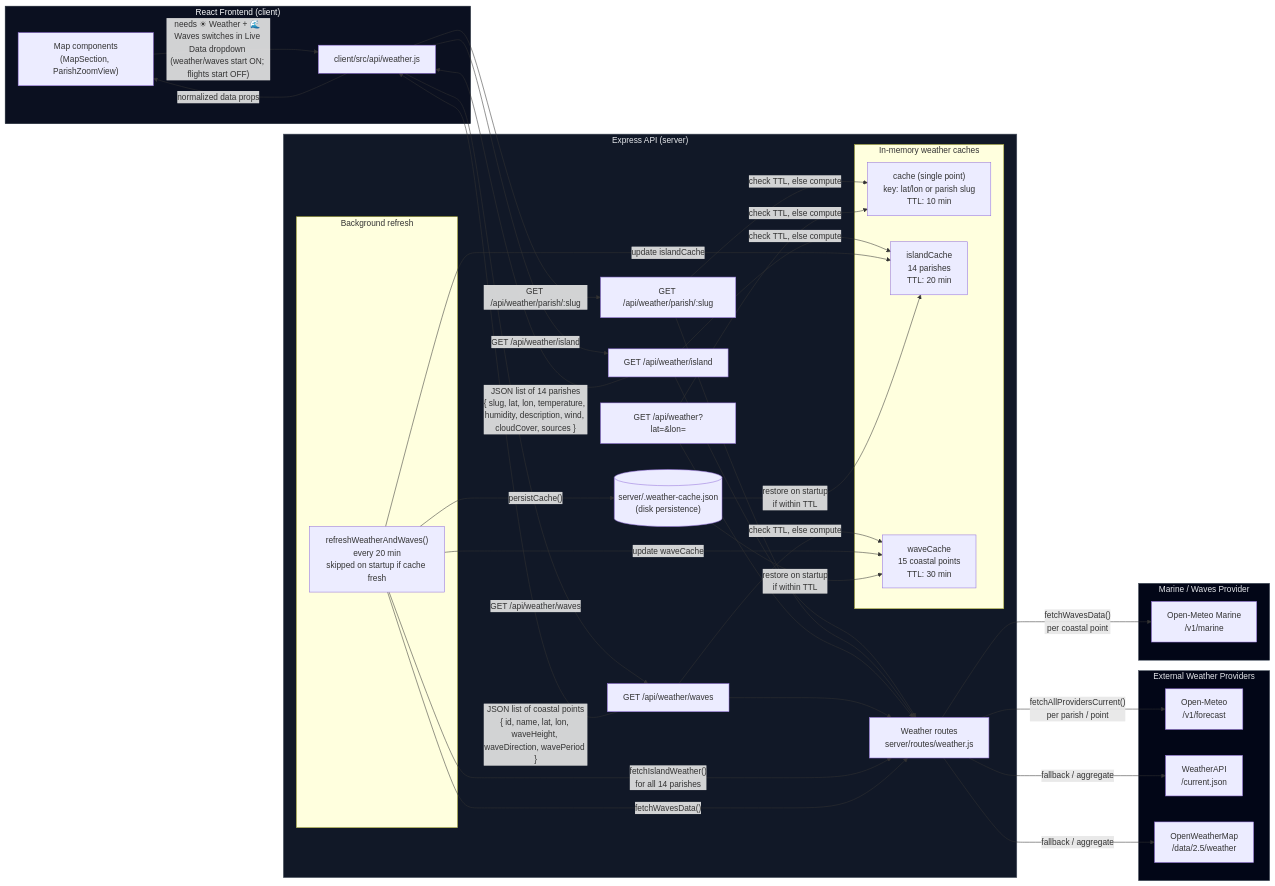
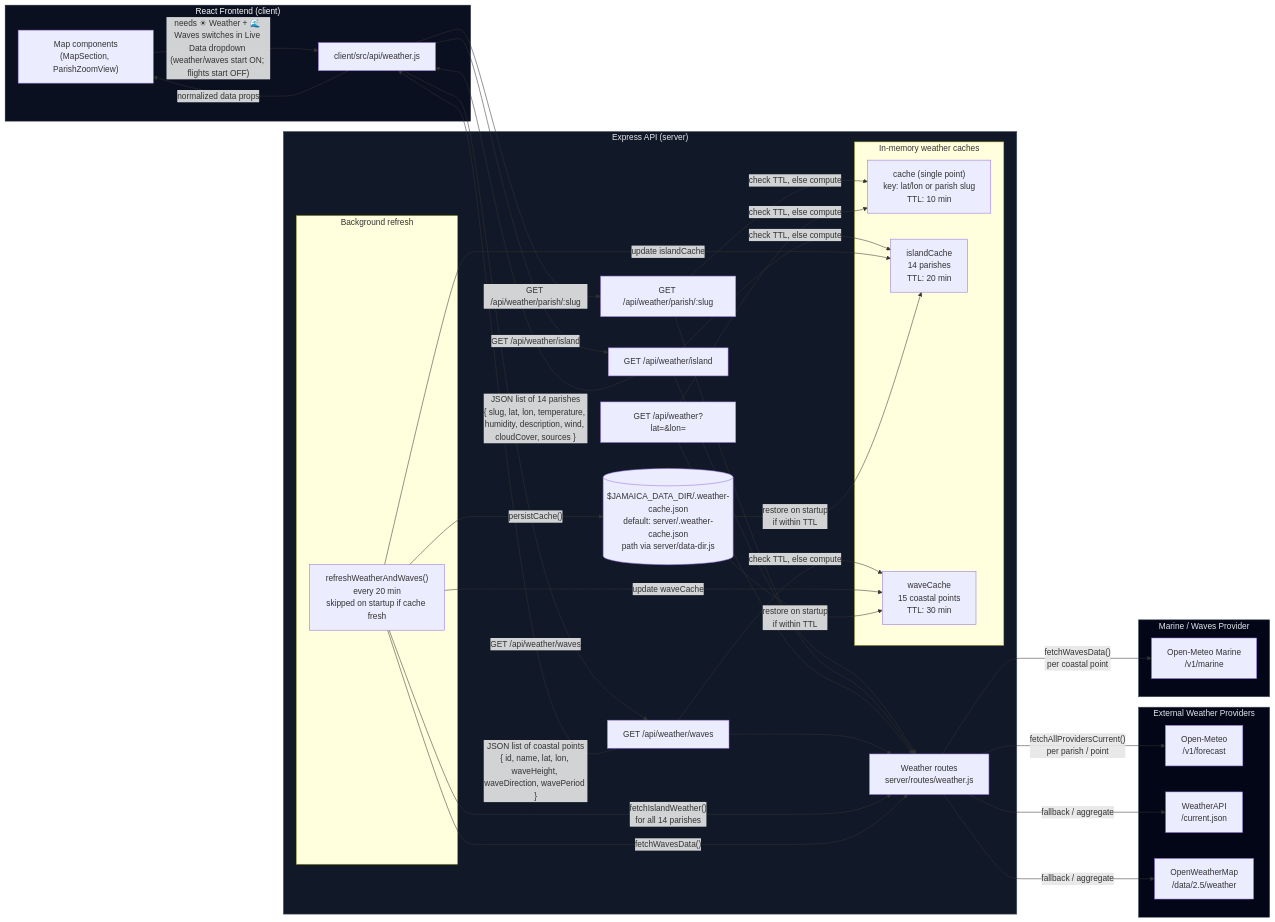
One commit to becomeonewiththecode/jamaica-parish-explorer changed the diagram in docs/WEATHER-WAVES-DIAGRAM.md. Above: the diagram before and after it, drawn with Mermaid. The commit also changed 6 other files, not shown here.

First line of the commit message:
Update docs and diagrams for JAMAICA_DATA_DIR and build process

```diff
--- a/docs/WEATHER-WAVES-DIAGRAM.md
+++ b/docs/WEATHER-WAVES-DIAGRAM.md
@@ -24,7 +24,7 @@
       WaveCache["waveCache<br/>15 coastal points<br/>TTL: 30 min"]
     end
 
-    DiskCache[("server/.weather-cache.json<br/>(disk persistence)")]
+    DiskCache[("$JAMAICA_DATA_DIR/.weather-cache.json<br/>default: server/.weather-cache.json<br/>path via server/data-dir.js")]
 
     subgraph WeatherJobs["Background refresh"]
       RefreshTask["refreshWeatherAndWaves()<br/>every 20 min<br/>skipped on startup if cache fresh"]
```
